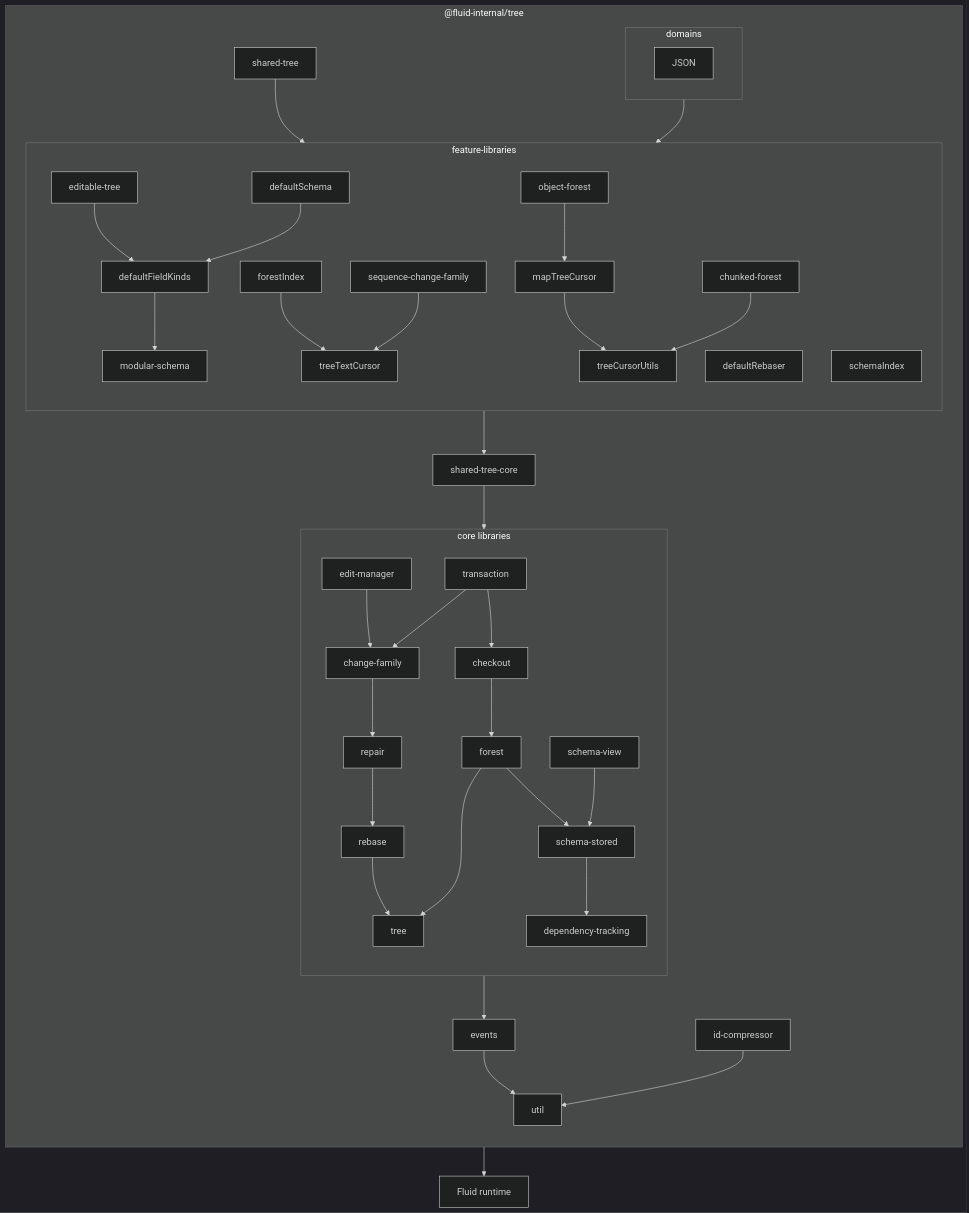
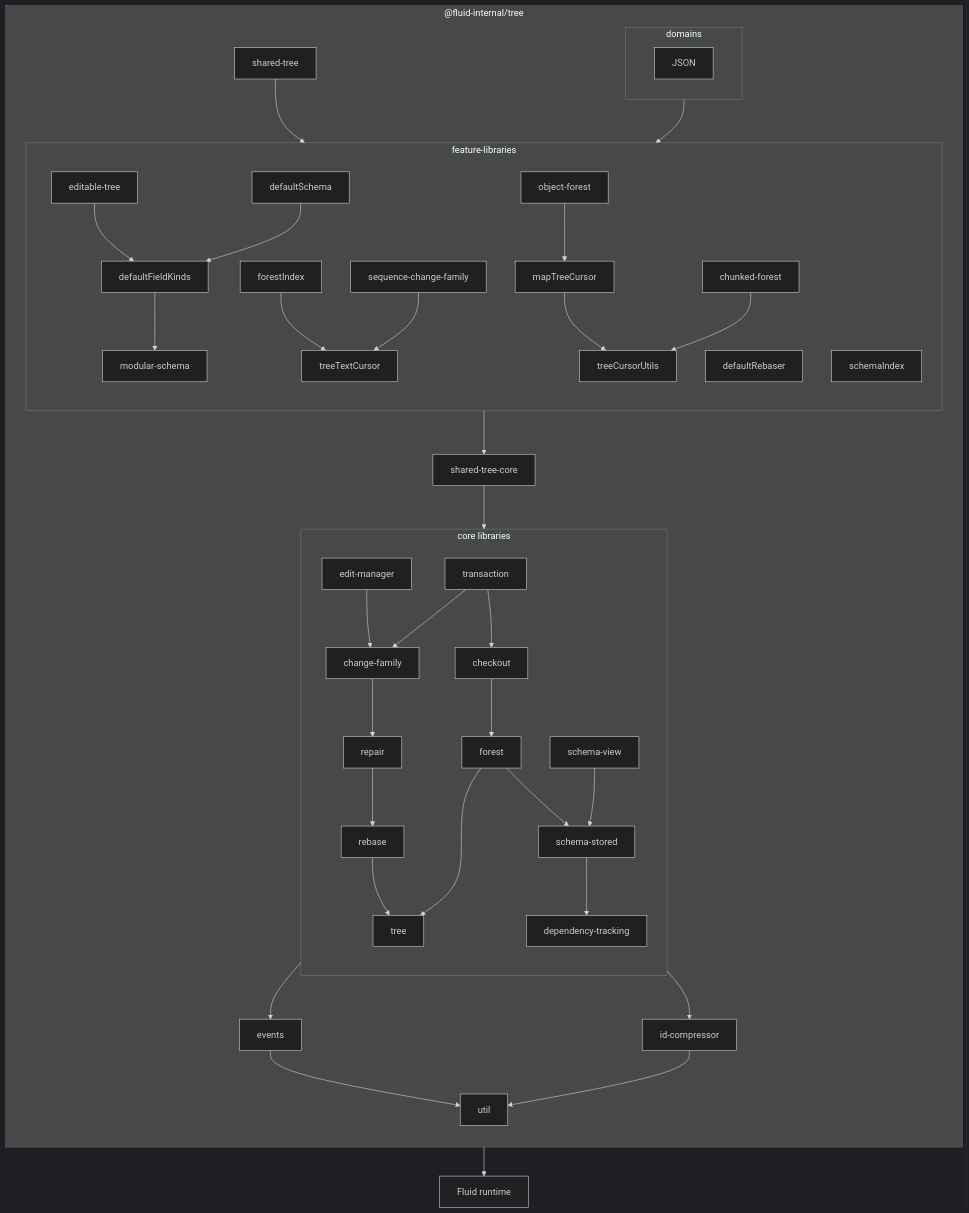
One commit to microsoft/FluidFramework changed the sixth of 6 diagrams in packages/dds/tree/README.md. Above: the diagram before and after it, drawn with Mermaid (dark theme). The commit also changed 38 other files, not shown here.

````diff
--- a/packages/dds/tree/README.md
+++ b/packages/dds/tree/README.md
@@ -298,44 +298,44 @@
 ```mermaid
 flowchart
     direction TB
     subgraph package ["@fluid-internal/tree"]
         direction TB
         subgraph core ["core libraries"]
             direction TB
             checkout-->forest
             forest-->schema-stored
             change-family-->repair
             edit-manager-->change-family
             repair-->rebase
             rebase-->tree
             schema-stored-->dependency-tracking
             schema-view-->schema-stored
             transaction-->change-family
             transaction-->checkout
             dependency-tracking
             forest-->tree
         end
         core-->events-->util
-        id-compressor-->util
+        core-->id-compressor-->util
         feature-->shared-tree-core
         shared-tree-core-->core
         shared-tree-->feature
         subgraph feature ["feature-libraries"]
             direction TB
             editable-tree-->defaultFieldKinds
             defaultRebaser
             defaultSchema-->defaultFieldKinds-->modular-schema
             forestIndex-->treeTextCursor
             modular-schema
             object-forest-->mapTreeCursor-->treeCursorUtils
             chunked-forest-->treeCursorUtils
             schemaIndex
             sequence-change-family-->treeTextCursor
         end
         subgraph domains
             JSON
         end
         domains-->feature
     end
     package-->runtime["Fluid runtime"]
 ```
````
